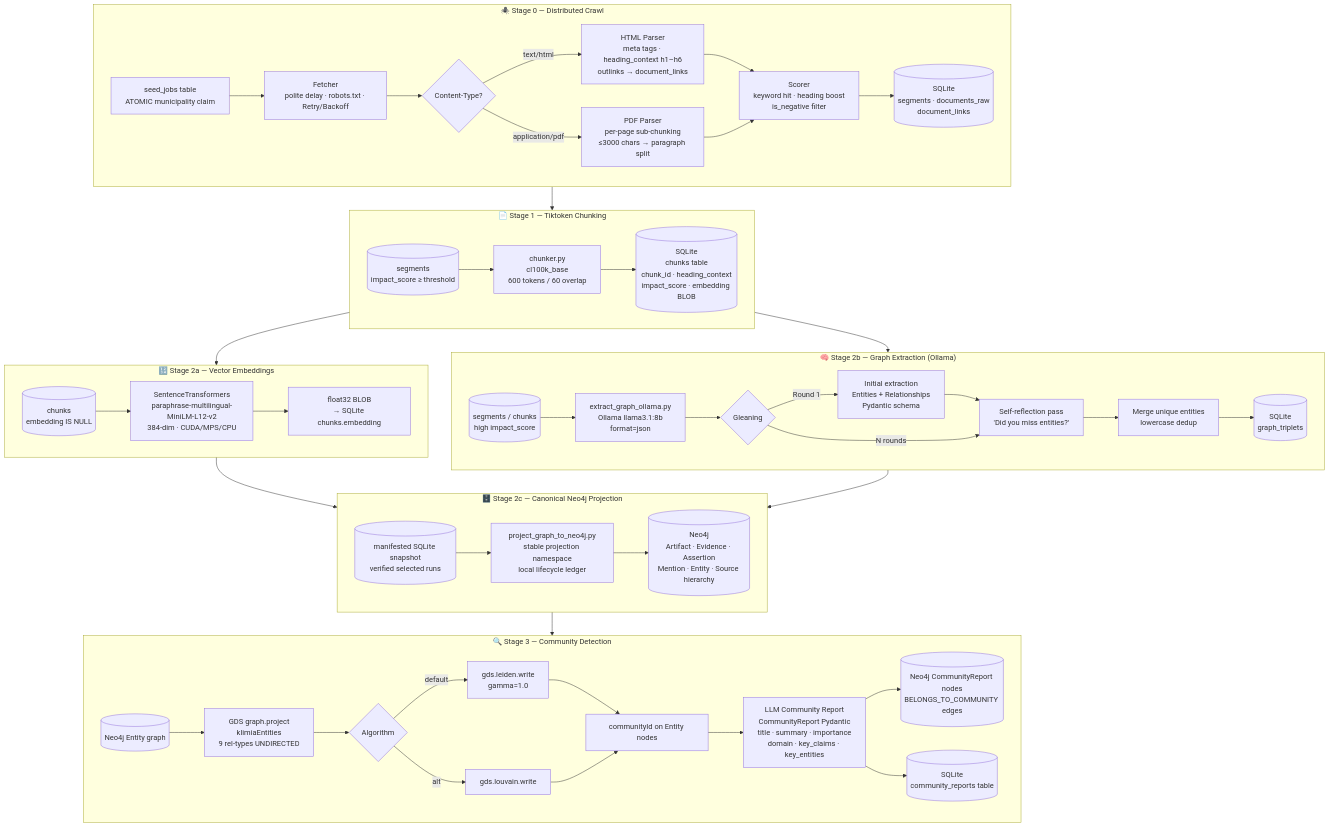
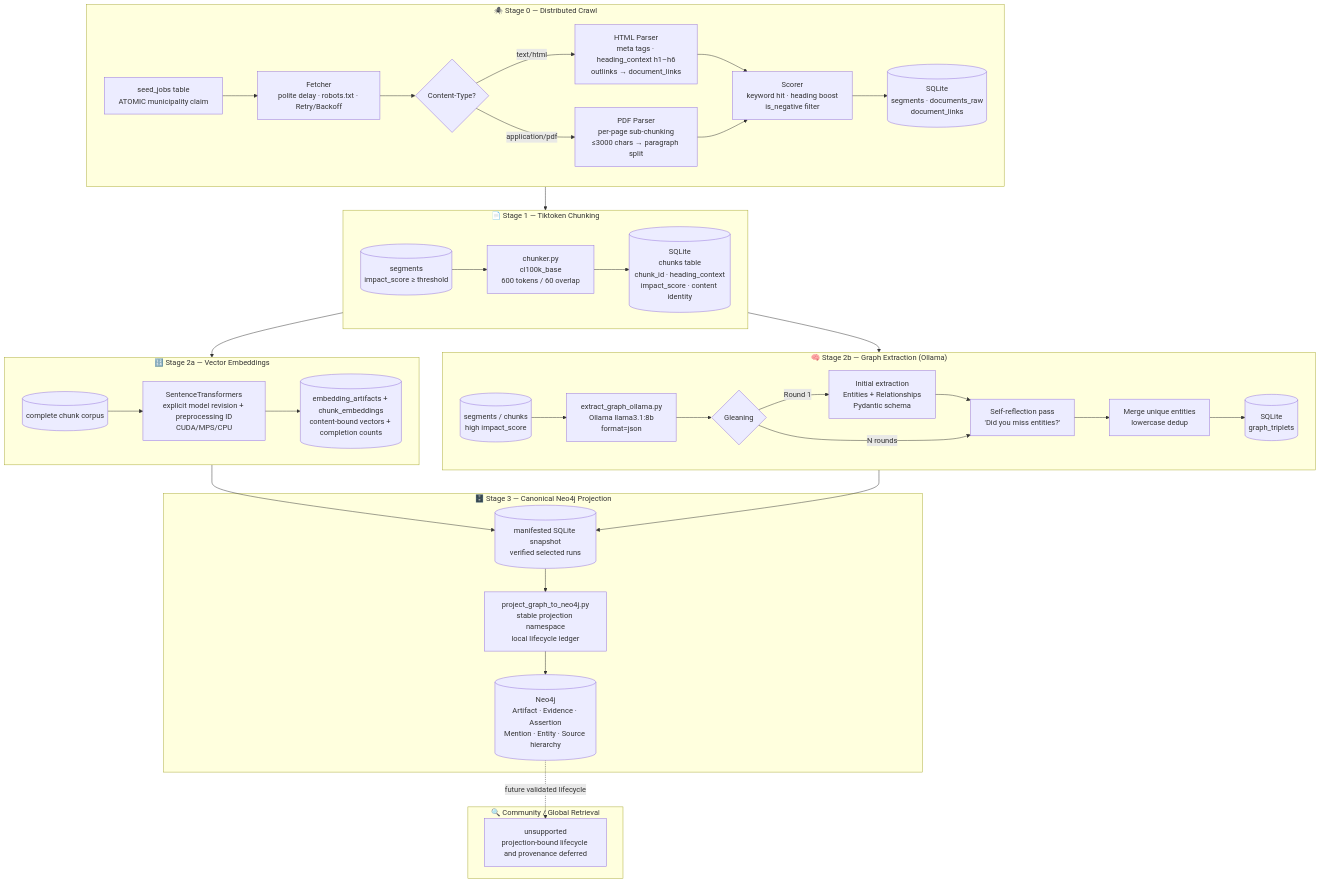
The first of 4 diagrams in docs/pipeline_diagrams.md (Sven-Lutz/Klima_GraphRAG), drawn with Mermaid before and after one commit. The commit also changed other lines of this file and 20 other files, not shown here.

Commit message:
feat: add canonical retrieval and deterministic citations

````diff
--- a/docs/pipeline_diagrams.md
+++ b/docs/pipeline_diagrams.md
@@ -9,56 +9,48 @@
 ```mermaid
 flowchart TD
     subgraph CRAWL["🕷️ Stage 0 — Distributed Crawl"]
         S0A[seed_jobs table\nATOMIC municipality claim] --> S0B[Fetcher\npolite delay · robots.txt · Retry/Backoff]
         S0B --> S0C{Content-Type?}
         S0C -->|text/html| S0D[HTML Parser\nmeta tags · heading_context h1–h6\noutlinks → document_links]
         S0C -->|application/pdf| S0E[PDF Parser\nper-page sub-chunking\n≤3000 chars → paragraph split]
         S0D --> S0F[Scorer\nkeyword hit · heading boost\nis_negative filter]
         S0E --> S0F
         S0F --> S0G[(SQLite\nsegments · documents_raw\ndocument_links)]
     end
 
     subgraph CHUNK["📄 Stage 1 — Tiktoken Chunking"]
         S1A[(segments\nimpact_score ≥ threshold)] --> S1B[chunker.py\ncl100k_base\n600 tokens / 60 overlap]
-        S1B --> S1C[(SQLite\nchunks table\nchunk_id · heading_context\nimpact_score · embedding BLOB)]
+        S1B --> S1C[(SQLite\nchunks table\nchunk_id · heading_context\nimpact_score · content identity)]
     end
 
     subgraph EMBED["🔢 Stage 2a — Vector Embeddings"]
-        S2A[(chunks\nembedding IS NULL)] --> S2B[SentenceTransformers\nparaphrase-multilingual-MiniLM-L12-v2\n384-dim · CUDA/MPS/CPU]
-        S2B --> S2C[float32 BLOB\n→ SQLite chunks.embedding]
+        S2A[(complete chunk corpus)] --> S2B[SentenceTransformers\nexplicit model revision + preprocessing ID\nCUDA/MPS/CPU]
+        S2B --> S2C[(embedding_artifacts + chunk_embeddings\ncontent-bound vectors + completion counts)]
     end
 
     subgraph GRAPH["🧠 Stage 2b — Graph Extraction (Ollama)"]
         S3A[(segments / chunks\nhigh impact_score)] --> S3B[extract_graph_ollama.py\nOllama llama3.1:8b\nformat=json]
         S3B --> S3C{Gleaning}
         S3C -->|Round 1| S3D[Initial extraction\nEntities + Relationships\nPydantic schema]
         S3D --> S3E[Self-reflection pass\n'Did you miss entities?']
         S3E --> S3F[Merge unique entities\nlowercase dedup]
         S3C -->|N rounds| S3E
         S3F --> S3G[(SQLite\ngraph_triplets)]
     end
 
-    subgraph NEO4J["🗄️ Stage 2c — Canonical Neo4j Projection"]
+    subgraph NEO4J["🗄️ Stage 3 — Canonical Neo4j Projection"]
         S4A[(manifested SQLite snapshot\nverified selected runs)] --> S4B[project_graph_to_neo4j.py\nstable projection namespace\nlocal lifecycle ledger]
         S4B --> S4C[(Neo4j\nArtifact · Evidence · Assertion\nMention · Entity · Source hierarchy)]
     end
 
-    subgraph COMM["🔍 Stage 3 — Community Detection"]
-        S5A[(Neo4j Entity graph)] --> S5B[GDS graph.project\nklimiaEntities\n9 rel-types UNDIRECTED]
-        S5B --> S5C{Algorithm}
-        S5C -->|default| S5D[gds.leiden.write\ngamma=1.0]
-        S5C -->|alt| S5E[gds.louvain.write]
-        S5D --> S5F[communityId on Entity nodes]
-        S5E --> S5F
-        S5F --> S5G[LLM Community Report\nCommunityReport Pydantic\ntitle · summary · importance\ndomain · key_claims · key_entities]
-        S5G --> S5H[(Neo4j CommunityReport nodes\nBELONGS_TO_COMMUNITY edges)]
-        S5G --> S5I[(SQLite\ncommunity_reports table)]
+    subgraph COMM["🔍 Community / Global Retrieval"]
+        S5A[unsupported\nprojection-bound lifecycle and provenance deferred]
     end
 
     CRAWL --> CHUNK
     CHUNK --> EMBED
     CHUNK --> GRAPH
-    EMBED --> NEO4J
-    GRAPH --> NEO4J
-    NEO4J --> COMM
+    EMBED --> S4A
+    GRAPH --> S4A
+    S4C -. future validated lifecycle .-> S5A
 ```
````
